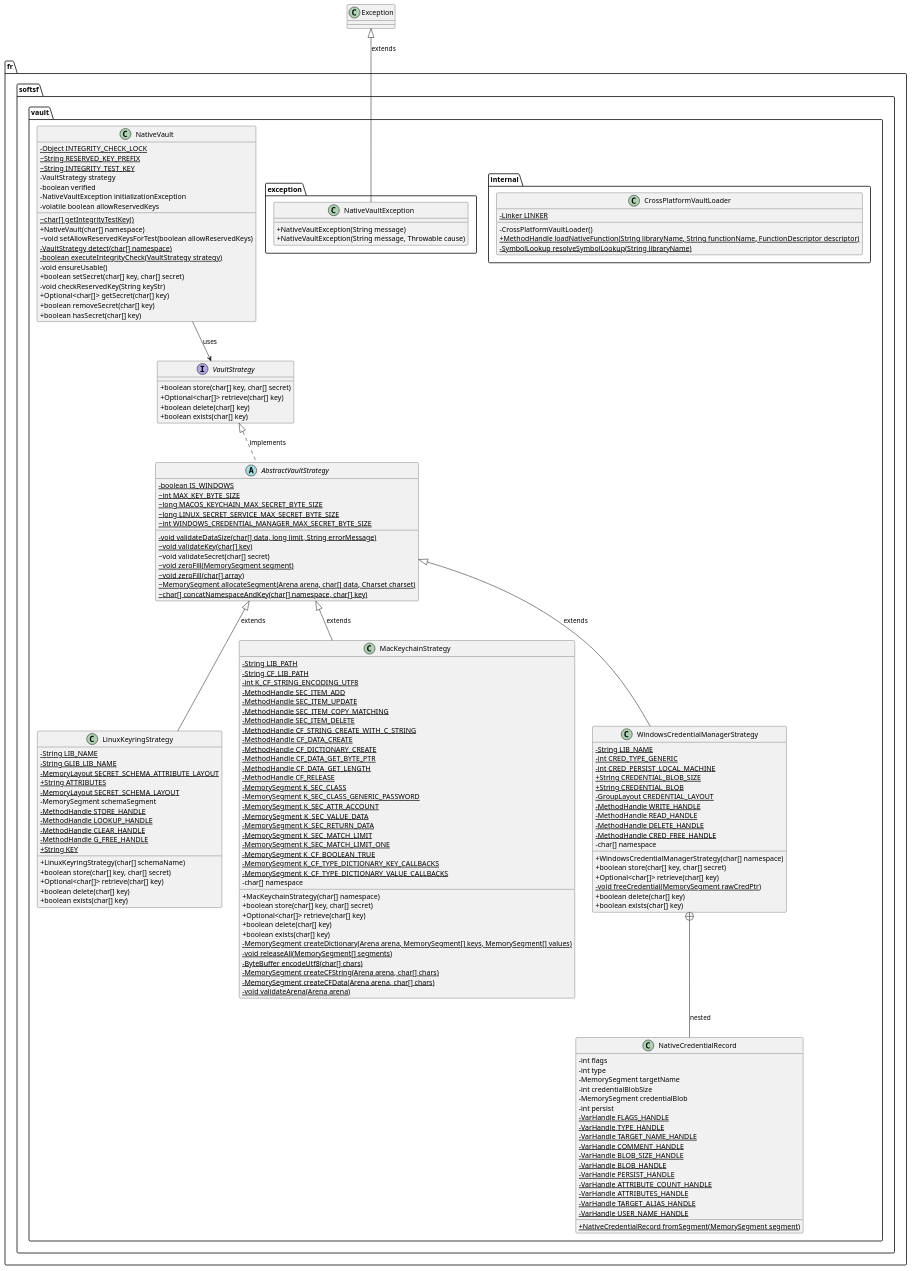
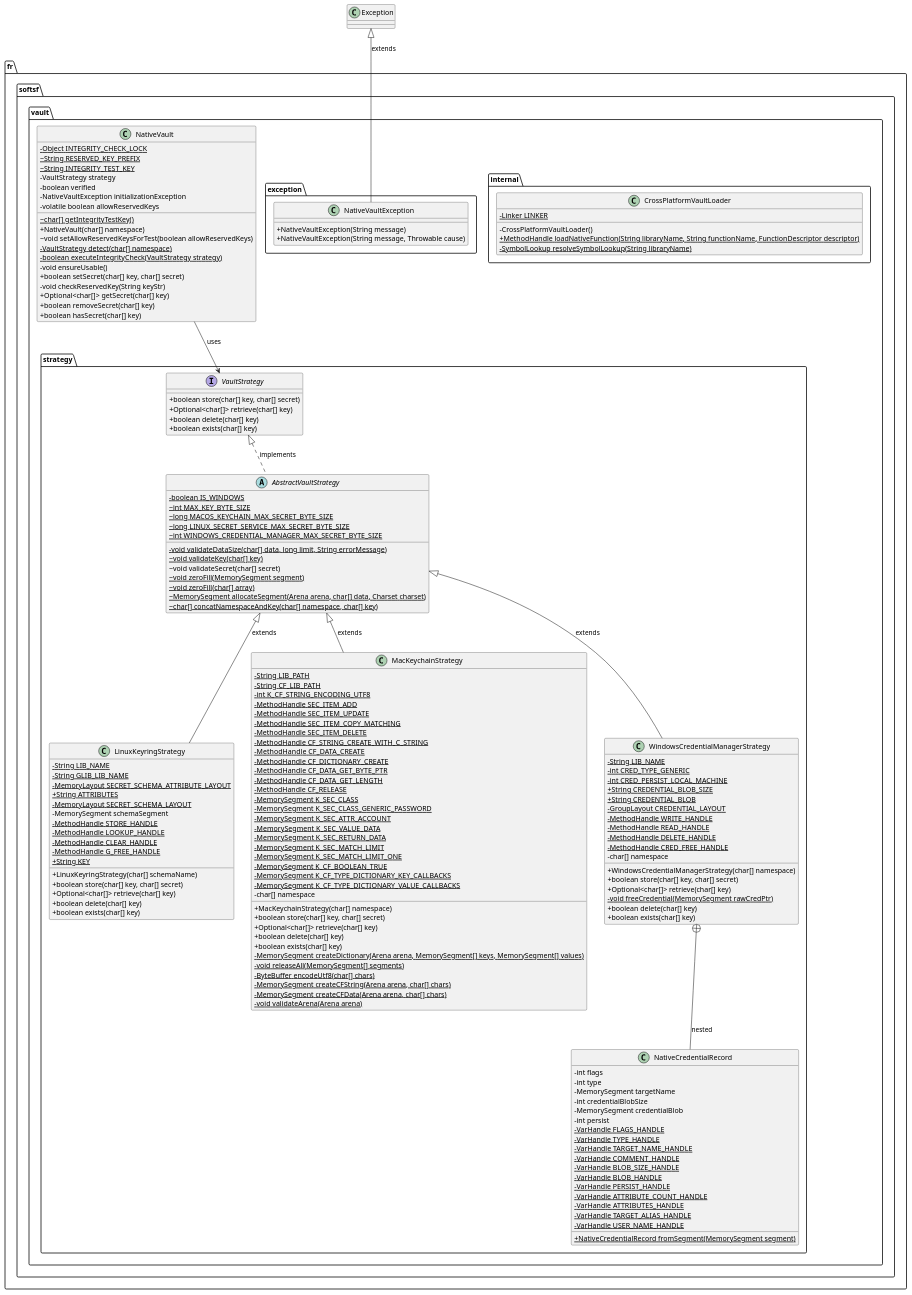
The diagram in .myresources/uml/class.puml (Lob2018/native-vault), drawn with PlantUML before and after one commit. The commit also changed 3 other files, not shown here.

Commit message:
📚 docs Doxygen with updated UML class diagram

```diff
--- a/.myresources/uml/class.puml
+++ b/.myresources/uml/class.puml
@@ -1,172 +1,174 @@
 @startuml
 skinparam classAttributeIconSize 0
 
 package "fr.softsf.vault" {
+    class NativeVault {
+        {static} - Object INTEGRITY_CHECK_LOCK
+        {static} ~ String RESERVED_KEY_PREFIX
+        {static} ~ String INTEGRITY_TEST_KEY
+        - VaultStrategy strategy
+        - boolean verified
+        - NativeVaultException initializationException
+        - volatile boolean allowReservedKeys
+        {static} ~ char[] getIntegrityTestKey()
+        + NativeVault(char[] namespace)
+        ~ void setAllowReservedKeysForTest(boolean allowReservedKeys)
+        {static} - VaultStrategy detect(char[] namespace)
+        {static} - boolean executeIntegrityCheck(VaultStrategy strategy)
+        - void ensureUsable()
+        + boolean setSecret(char[] key, char[] secret)
+        - void checkReservedKey(String keyStr)
+        + Optional<char[]> getSecret(char[] key)
+        + boolean removeSecret(char[] key)
+        + boolean hasSecret(char[] key)
+    }
+}
+
+package "fr.softsf.vault.strategy" {
     interface VaultStrategy {
         + boolean store(char[] key, char[] secret)
         + Optional<char[]> retrieve(char[] key)
         + boolean delete(char[] key)
         + boolean exists(char[] key)
     }
 
     abstract class AbstractVaultStrategy {
         {static} - boolean IS_WINDOWS
         {static} ~ int MAX_KEY_BYTE_SIZE
         {static} ~ long MACOS_KEYCHAIN_MAX_SECRET_BYTE_SIZE
         {static} ~ long LINUX_SECRET_SERVICE_MAX_SECRET_BYTE_SIZE
         {static} ~ int WINDOWS_CREDENTIAL_MANAGER_MAX_SECRET_BYTE_SIZE
         {static} - void validateDataSize(char[] data, long limit, String errorMessage)
         {static} ~ void validateKey(char[] key)
         ~ void validateSecret(char[] secret)
         {static} ~ void zeroFill(MemorySegment segment)
         {static} ~ void zeroFill(char[] array)
         {static} ~ MemorySegment allocateSegment(Arena arena, char[] data, Charset charset)
         {static} ~ char[] concatNamespaceAndKey(char[] namespace, char[] key)
     }
 
     class LinuxKeyringStrategy {
         {static} - String LIB_NAME
         {static} - String GLIB_LIB_NAME
         {static} - MemoryLayout SECRET_SCHEMA_ATTRIBUTE_LAYOUT
         {static} + String ATTRIBUTES
         {static} - MemoryLayout SECRET_SCHEMA_LAYOUT
         - MemorySegment schemaSegment
         {static} - MethodHandle STORE_HANDLE
         {static} - MethodHandle LOOKUP_HANDLE
         {static} - MethodHandle CLEAR_HANDLE
         {static} - MethodHandle G_FREE_HANDLE
         {static} + String KEY
         + LinuxKeyringStrategy(char[] schemaName)
         + boolean store(char[] key, char[] secret)
         + Optional<char[]> retrieve(char[] key)
         + boolean delete(char[] key)
         + boolean exists(char[] key)
     }
 
     class MacKeychainStrategy {
         {static} - String LIB_PATH
         {static} - String CF_LIB_PATH
         {static} - int K_CF_STRING_ENCODING_UTF8
         {static} - MethodHandle SEC_ITEM_ADD
         {static} - MethodHandle SEC_ITEM_UPDATE
         {static} - MethodHandle SEC_ITEM_COPY_MATCHING
         {static} - MethodHandle SEC_ITEM_DELETE
         {static} - MethodHandle CF_STRING_CREATE_WITH_C_STRING
         {static} - MethodHandle CF_DATA_CREATE
         {static} - MethodHandle CF_DICTIONARY_CREATE
         {static} - MethodHandle CF_DATA_GET_BYTE_PTR
         {static} - MethodHandle CF_DATA_GET_LENGTH
         {static} - MethodHandle CF_RELEASE
         {static} - MemorySegment K_SEC_CLASS
         {static} - MemorySegment K_SEC_CLASS_GENERIC_PASSWORD
         {static} - MemorySegment K_SEC_ATTR_ACCOUNT
         {static} - MemorySegment K_SEC_VALUE_DATA
         {static} - MemorySegment K_SEC_RETURN_DATA
         {static} - MemorySegment K_SEC_MATCH_LIMIT
         {static} - MemorySegment K_SEC_MATCH_LIMIT_ONE
         {static} - MemorySegment K_CF_BOOLEAN_TRUE
         {static} - MemorySegment K_CF_TYPE_DICTIONARY_KEY_CALLBACKS
         {static} - MemorySegment K_CF_TYPE_DICTIONARY_VALUE_CALLBACKS
         - char[] namespace
         + MacKeychainStrategy(char[] namespace)
         + boolean store(char[] key, char[] secret)
         + Optional<char[]> retrieve(char[] key)
         + boolean delete(char[] key)
         + boolean exists(char[] key)
         {static} - MemorySegment createDictionary(Arena arena, MemorySegment[] keys, MemorySegment[] values)
         {static} - void releaseAll(MemorySegment[] segments)
         {static} - ByteBuffer encodeUtf8(char[] chars)
         {static} - MemorySegment createCFString(Arena arena, char[] chars)
         {static} - MemorySegment createCFData(Arena arena, char[] chars)
         {static} - void validateArena(Arena arena)
     }
 
     class WindowsCredentialManagerStrategy {
         {static} - String LIB_NAME
         {static} - int CRED_TYPE_GENERIC
         {static} - int CRED_PERSIST_LOCAL_MACHINE
         {static} + String CREDENTIAL_BLOB_SIZE
         {static} + String CREDENTIAL_BLOB
         {static} - GroupLayout CREDENTIAL_LAYOUT
         {static} - MethodHandle WRITE_HANDLE
         {static} - MethodHandle READ_HANDLE
         {static} - MethodHandle DELETE_HANDLE
         {static} - MethodHandle CRED_FREE_HANDLE
         - char[] namespace
         + WindowsCredentialManagerStrategy(char[] namespace)
         + boolean store(char[] key, char[] secret)
         + Optional<char[]> retrieve(char[] key)
         {static} - void freeCredential(MemorySegment rawCredPtr)
         + boolean delete(char[] key)
         + boolean exists(char[] key)
     }
 
     class "NativeCredentialRecord" as WindowsCredentialManagerStrategy_NativeCredentialRecord {
         - int flags
         - int type
         - MemorySegment targetName
         - int credentialBlobSize
         - MemorySegment credentialBlob
         - int persist
         {static} - VarHandle FLAGS_HANDLE
         {static} - VarHandle TYPE_HANDLE
         {static} - VarHandle TARGET_NAME_HANDLE
         {static} - VarHandle COMMENT_HANDLE
         {static} - VarHandle BLOB_SIZE_HANDLE
         {static} - VarHandle BLOB_HANDLE
         {static} - VarHandle PERSIST_HANDLE
         {static} - VarHandle ATTRIBUTE_COUNT_HANDLE
         {static} - VarHandle ATTRIBUTES_HANDLE
         {static} - VarHandle TARGET_ALIAS_HANDLE
         {static} - VarHandle USER_NAME_HANDLE
         {static} + NativeCredentialRecord fromSegment(MemorySegment segment)
     }
-
-    class NativeVault {
-        {static} - Object INTEGRITY_CHECK_LOCK
-        {static} ~ String RESERVED_KEY_PREFIX
-        {static} ~ String INTEGRITY_TEST_KEY
-        - VaultStrategy strategy
-        - boolean verified
-        - NativeVaultException initializationException
-        - volatile boolean allowReservedKeys
-        {static} ~ char[] getIntegrityTestKey()
-        + NativeVault(char[] namespace)
-        ~ void setAllowReservedKeysForTest(boolean allowReservedKeys)
-        {static} - VaultStrategy detect(char[] namespace)
-        {static} - boolean executeIntegrityCheck(VaultStrategy strategy)
-        - void ensureUsable()
-        + boolean setSecret(char[] key, char[] secret)
-        - void checkReservedKey(String keyStr)
-        + Optional<char[]> getSecret(char[] key)
-        + boolean removeSecret(char[] key)
-        + boolean hasSecret(char[] key)
-    }
 }
 
 package "fr.softsf.vault.internal" {
     class CrossPlatformVaultLoader {
         {static} - Linker LINKER
         - CrossPlatformVaultLoader()
         {static} + MethodHandle loadNativeFunction(String libraryName, String functionName, FunctionDescriptor descriptor)
         {static} - SymbolLookup resolveSymbolLookup(String libraryName)
     }
 }
 
 package "fr.softsf.vault.exception" {
     class NativeVaultException {
         + NativeVaultException(String message)
         + NativeVaultException(String message, Throwable cause)
     }
 }
 
 class Exception
 
 VaultStrategy <|.. AbstractVaultStrategy : implements
 AbstractVaultStrategy <|-- LinuxKeyringStrategy : extends
 AbstractVaultStrategy <|-- MacKeychainStrategy : extends
 AbstractVaultStrategy <|-- WindowsCredentialManagerStrategy : extends
 WindowsCredentialManagerStrategy +-- WindowsCredentialManagerStrategy_NativeCredentialRecord : nested
 NativeVault --> VaultStrategy : uses
 Exception <|-- NativeVaultException : extends
 @enduml
```
